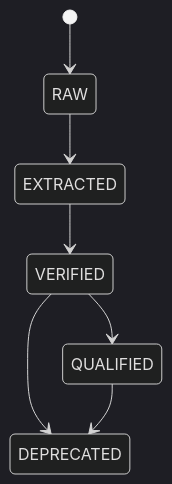
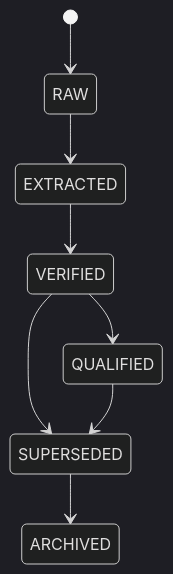
One commit to VictorKVS/alina-knowledge-worker changed the second of 3 diagrams in future_lab/agents/AK-01/business/STATE_MODEL.md. Above: the diagram before and after it, drawn with Mermaid (dark theme). The commit also changed other lines of this file, not shown here.

````diff
--- a/future_lab/agents/AK-01/business/STATE_MODEL.md
+++ b/future_lab/agents/AK-01/business/STATE_MODEL.md
@@ -35,9 +44,10 @@
 ```mermaid
 stateDiagram-v2
     [*] --> RAW
     RAW --> EXTRACTED
     EXTRACTED --> VERIFIED
     VERIFIED --> QUALIFIED
-    VERIFIED --> DEPRECATED
-    QUALIFIED --> DEPRECATED
+    VERIFIED --> SUPERSEDED
+    QUALIFIED --> SUPERSEDED
+    SUPERSEDED --> ARCHIVED
 ```
````
